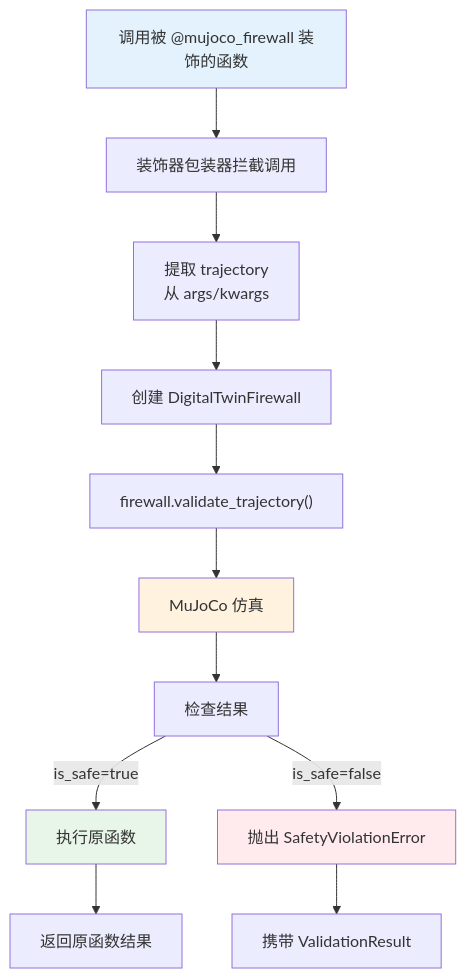
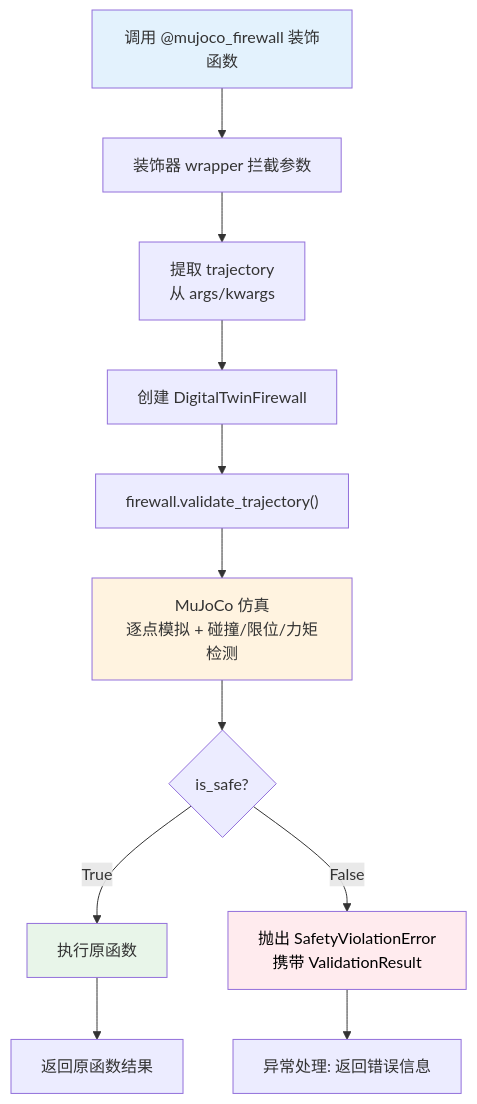
Diagram 13 of 17 in robot-agents/rosclaw/ANALYSIS.md (yongqingzs/legged_docs), drawn with Mermaid before and after one commit. The commit also changed other lines of this file and 2 other files, not shown here.

````diff
--- a/robot-agents/rosclaw/ANALYSIS.md
+++ b/robot-agents/rosclaw/ANALYSIS.md
@@ -542,18 +581,18 @@
 ```mermaid
 flowchart TD
-    A["调用被 @mujoco_firewall 装饰的函数"] --> B["装饰器包装器拦截调用"]
+    A["调用 @mujoco_firewall 装饰函数"] --> B["装饰器 wrapper 拦截参数"]
     B --> C["提取 trajectory<br/>从 args/kwargs"]
     C --> D["创建 DigitalTwinFirewall"]
     D --> E["firewall.validate_trajectory()"]
-    E --> F["MuJoCo 仿真"]
-    F --> G["检查结果"]
-    G -->|is_safe=true| H["执行原函数"]
-    G -->|is_safe=false| I["抛出 SafetyViolationError"]
+    E --> F["MuJoCo 仿真<br/>逐点模拟 + 碰撞/限位/力矩检测"]
+    F --> G{is_safe?}
+    G -->|True| H["执行原函数"]
+    G -->|False| I["抛出 SafetyViolationError<br/>携带 ValidationResult"]
     H --> J["返回原函数结果"]
-    I --> K["携带 ValidationResult"]
+    I --> K["异常处理: 返回错误信息"]
 
     style A fill:#e3f2fd
     style F fill:#fff3e0
     style H fill:#e8f5e9
-    style I fill:#ffebee
+    style I fill:#ffebee,color:#000
 ```
````
